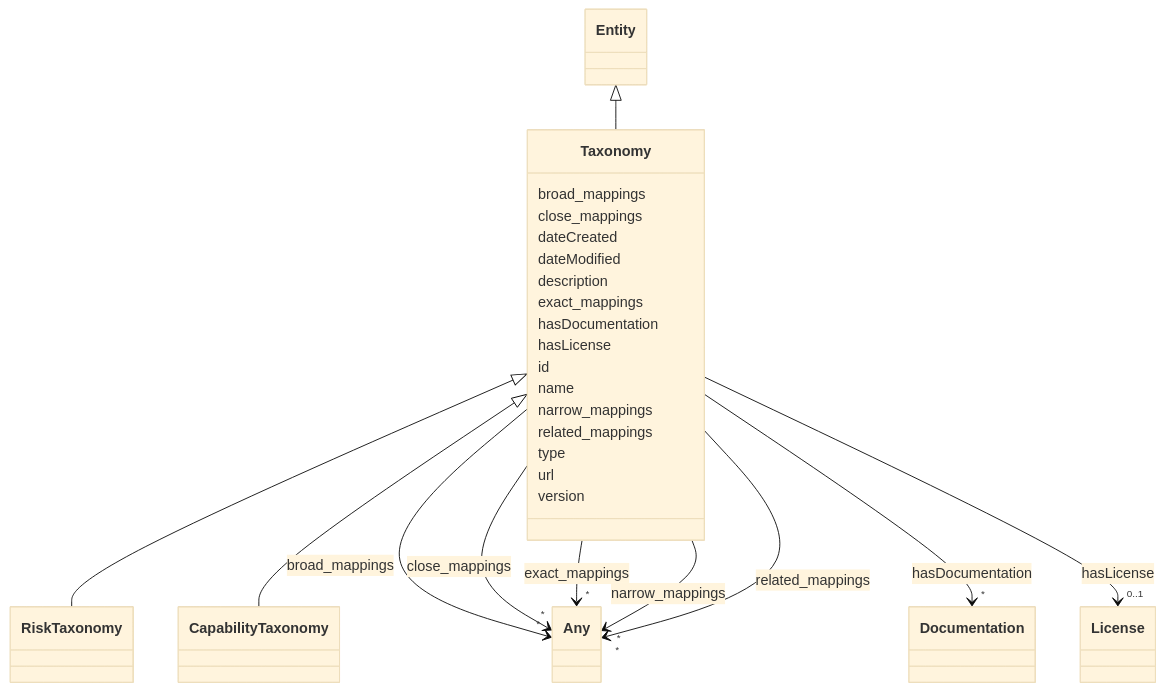
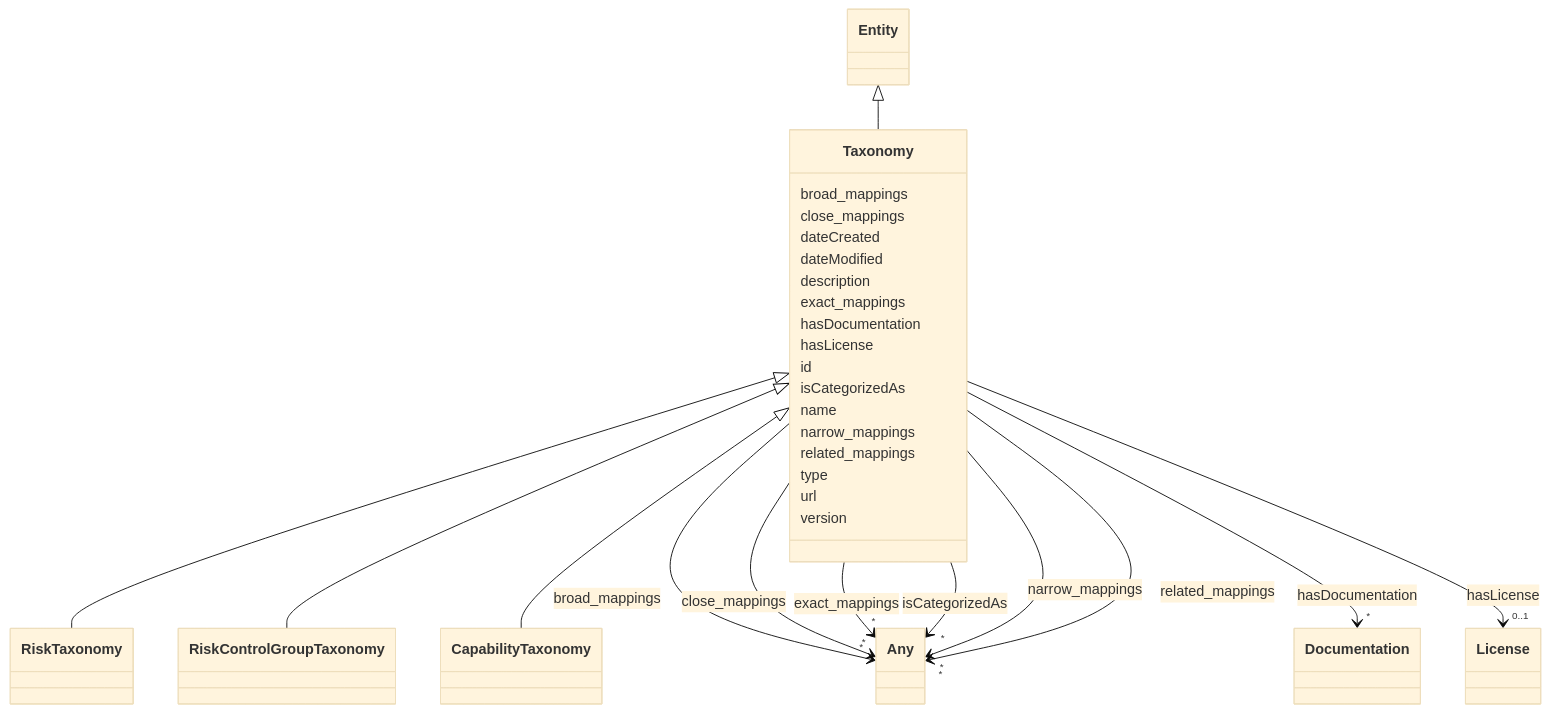
The diagram in docs/ontology/Taxonomy.md (dhavalsalwala/ai-atlas-nexus-fork), drawn with Mermaid (base theme) before and after one commit. The commit also changed other lines of this file and 130 other files, not shown here.

```diff
--- a/docs/ontology/Taxonomy.md
+++ b/docs/ontology/Taxonomy.md
@@ -16,6 +16,8 @@
 
       Taxonomy <|-- RiskTaxonomy
         click RiskTaxonomy href "../RiskTaxonomy/"
+      Taxonomy <|-- RiskControlGroupTaxonomy
+        click RiskControlGroupTaxonomy href "../RiskControlGroupTaxonomy/"
       Taxonomy <|-- CapabilityTaxonomy
         click CapabilityTaxonomy href "../CapabilityTaxonomy/"
 
@@ -83,6 +85,17 @@
 
       Taxonomy : id
 
+      Taxonomy : isCategorizedAs
+
+
+
+
+
+        Taxonomy --> "*" Any : isCategorizedAs
+        click Any href "../Any/"
+
+
+
       Taxonomy : name
 
       Taxonomy : narrow_mappings
```
